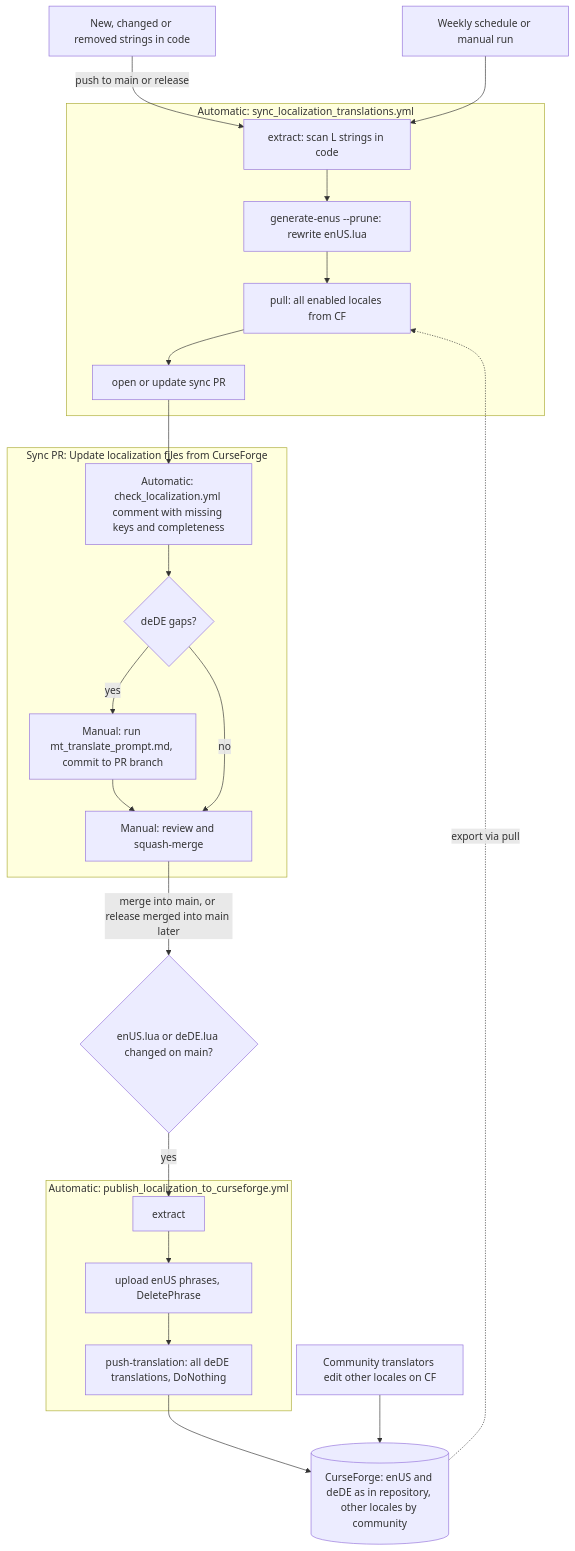
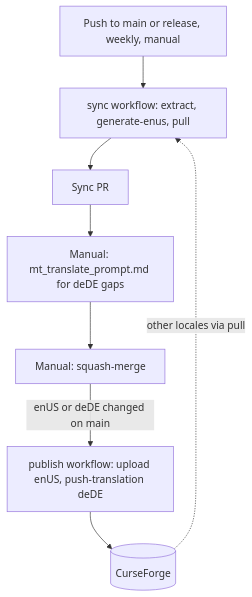
Before and after one commit to Backupiseasy/ThreatPlates: the diagram in Source/Wiki/LocalizationUpdateProcess.md, drawn with Mermaid.

Commit message:
Compact localization flow diagram

````diff
--- a/Source/Wiki/LocalizationUpdateProcess.md
+++ b/Source/Wiki/LocalizationUpdateProcess.md
@@ -17,44 +17,14 @@
 ```mermaid
 flowchart TD
-    codeChange["New, changed or removed strings in code"]
-    weekly["Weekly schedule or manual run"]
-    cfEdit["Community translators edit other locales on CF"]
+    trigger["Push to main or release, weekly, manual"]
+    sync["sync workflow: extract, generate-enus, pull"]
+    pr["Sync PR"]
+    mt["Manual: mt_translate_prompt.md for deDE gaps"]
+    merge["Manual: squash-merge"]
+    publish["publish workflow: upload enUS, push-translation deDE"]
+    cf[("CurseForge")]
 
-    subgraph syncWf ["Automatic: sync_localization_translations.yml"]
-        s1["extract: scan L strings in code"]
-        s2["generate-enus --prune: rewrite enUS.lua"]
-        s3["pull: all enabled locales from CF"]
-        s4["open or update sync PR"]
-        s1 --> s2 --> s3 --> s4
-    end
-
-    subgraph syncPr ["Sync PR: Update localization files from CurseForge"]
-        p1["Automatic: check_localization.yml comment with missing keys and completeness"]
-        p2{"deDE gaps?"}
-        p3["Manual: run mt_translate_prompt.md, commit to PR branch"]
-        p4["Manual: review and squash-merge"]
-        p1 --> p2
-        p2 -- yes --> p3 --> p4
-        p2 -- no --> p4
-    end
-
-    mainPush{"enUS.lua or deDE.lua changed on main?"}
-
-    subgraph publishWf ["Automatic: publish_localization_to_curseforge.yml"]
-        u1["extract"]
-        u2["upload enUS phrases, DeletePhrase"]
-        u3["push-translation: all deDE translations, DoNothing"]
-        u1 --> u2 --> u3
-    end
-
-    cf[("CurseForge: enUS and deDE as in repository, other locales by community")]
-
-    codeChange -- "push to main or release" --> s1
-    weekly --> s1
-    s4 --> p1
-    p4 -- "merge into main, or release merged into main later" --> mainPush
-    mainPush -- yes --> u1
-    u3 --> cf
-    cfEdit --> cf
-    cf -. "export via pull" .-> s3
+    trigger --> sync --> pr --> mt --> merge
+    merge -- "enUS or deDE changed on main" --> publish --> cf
+    cf -. "other locales via pull" .-> sync
 ```
````
